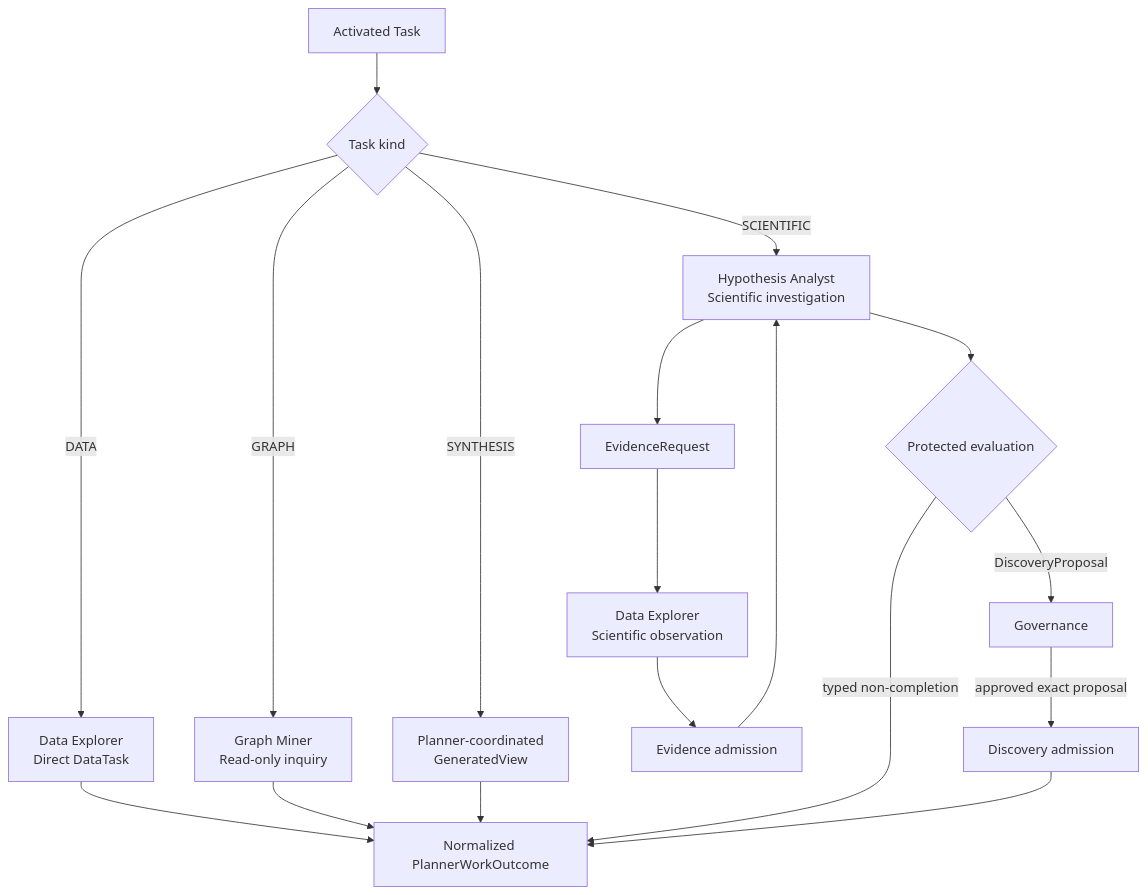
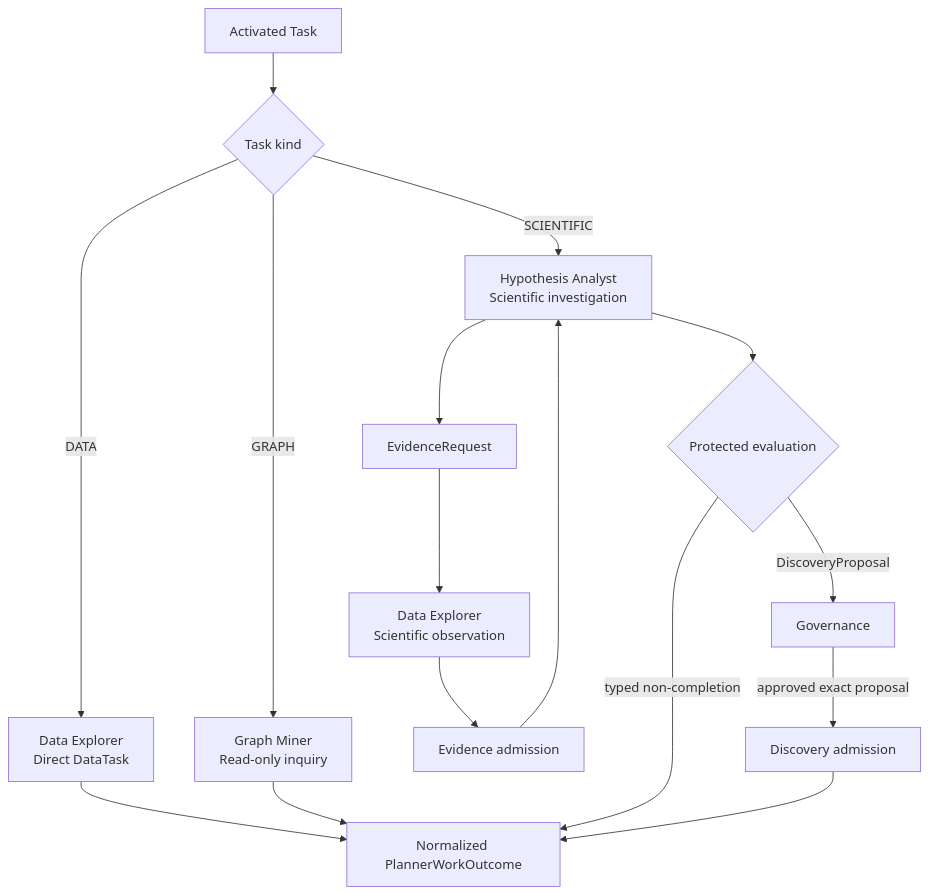
One commit to 24127027/CogniEDA changed the diagram in docs/architecture/end-to-end-flow.md. Above: the diagram before and after it, drawn with Mermaid. The commit also changed other lines of this file and 16 other files, not shown here.

````diff
--- a/docs/architecture/end-to-end-flow.md
+++ b/docs/architecture/end-to-end-flow.md
@@ -86,20 +85,18 @@
 ```mermaid
 flowchart TD
     A[Activated Task] --> K{Task kind}
     K -->|DATA| D[Data Explorer<br/>Direct DataTask]
     K -->|SCIENTIFIC| H[Hypothesis Analyst<br/>Scientific investigation]
     K -->|GRAPH| G[Graph Miner<br/>Read-only inquiry]
-    K -->|SYNTHESIS| S[Planner-coordinated<br/>GeneratedView]
     D --> O[Normalized PlannerWorkOutcome]
     G --> O
-    S --> O
     H --> ER[EvidenceRequest]
     ER --> D2[Data Explorer<br/>Scientific observation]
     D2 --> EA[Evidence admission]
     EA --> H
     H --> Q{Protected evaluation}
     Q -->|typed non-completion| O
     Q -->|DiscoveryProposal| GV[Governance]
     GV -->|approved exact proposal| DA[Discovery admission]
     DA --> O
 ```
````
